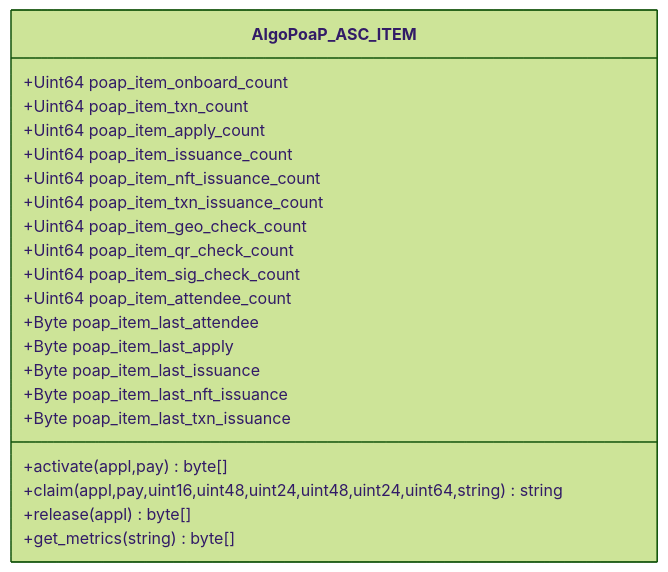
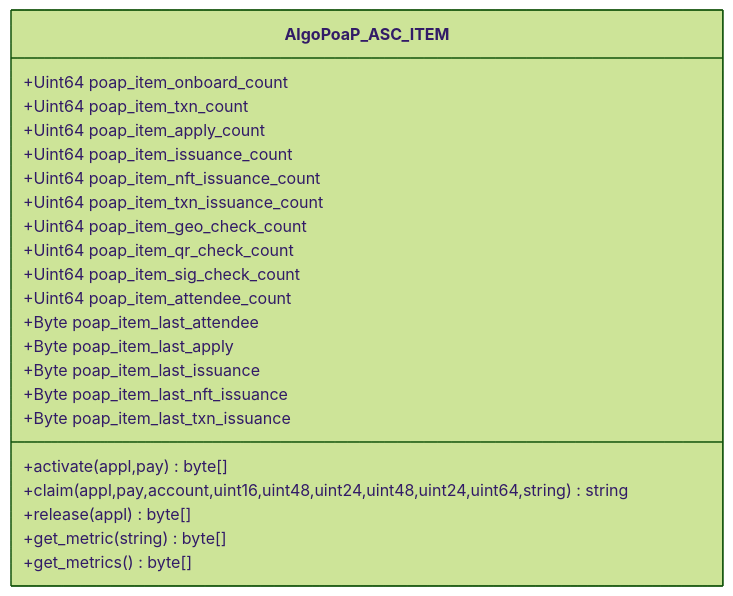
One commit to GoPlausible/.github changed the tenth of 10 diagrams in profile/README.md. Above: the diagram before and after it, drawn with Mermaid (forest theme). The commit also changed other lines of this file, not shown here.

````diff
--- a/profile/README.md
+++ b/profile/README.md
@@ -391,27 +392,29 @@
 ```mermaid
   classDiagram
     class AlgoPoaP_ASC_ITEM
     AlgoPoaP_ASC_ITEM : +Uint64 poap_item_onboard_count
     AlgoPoaP_ASC_ITEM : +Uint64 poap_item_txn_count
     AlgoPoaP_ASC_ITEM : +Uint64 poap_item_apply_count
     AlgoPoaP_ASC_ITEM : +Uint64 poap_item_issuance_count
     AlgoPoaP_ASC_ITEM : +Uint64 poap_item_nft_issuance_count
     AlgoPoaP_ASC_ITEM : +Uint64 poap_item_txn_issuance_count
 
     AlgoPoaP_ASC_ITEM : +Uint64 poap_item_geo_check_count
     AlgoPoaP_ASC_ITEM : +Uint64 poap_item_qr_check_count
     AlgoPoaP_ASC_ITEM : +Uint64 poap_item_sig_check_count
 
     AlgoPoaP_ASC_ITEM : +Uint64 poap_item_attendee_count
     AlgoPoaP_ASC_ITEM : +Byte poap_item_last_attendee
     AlgoPoaP_ASC_ITEM : +Byte poap_item_last_apply
     AlgoPoaP_ASC_ITEM : +Byte poap_item_last_issuance
     AlgoPoaP_ASC_ITEM : +Byte poap_item_last_nft_issuance
     AlgoPoaP_ASC_ITEM : +Byte poap_item_last_txn_issuance
     AlgoPoaP_ASC_ITEM : +activate(appl,pay)byte[]
-    AlgoPoaP_ASC_ITEM : +claim(appl,pay,uint16,uint48,uint24,uint48,uint24,uint64,string)string
+    AlgoPoaP_ASC_ITEM : +claim(appl,pay,account,uint16,uint48,uint24,uint48,uint24,uint64,string)string
     AlgoPoaP_ASC_ITEM : +release(appl)byte[]
-    AlgoPoaP_ASC_ITEM : +get_metrics(string)byte[]
+    AlgoPoaP_ASC_ITEM : +get_metric(string)byte[]
+    AlgoPoaP_ASC_ITEM : +get_metrics()byte[]
+    
   
     
 ```
````
